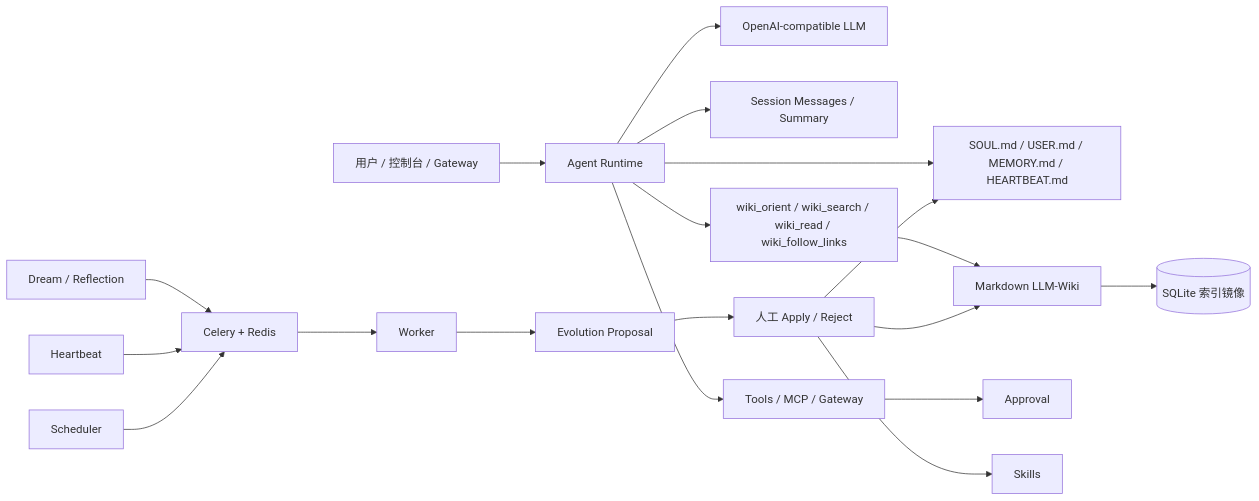
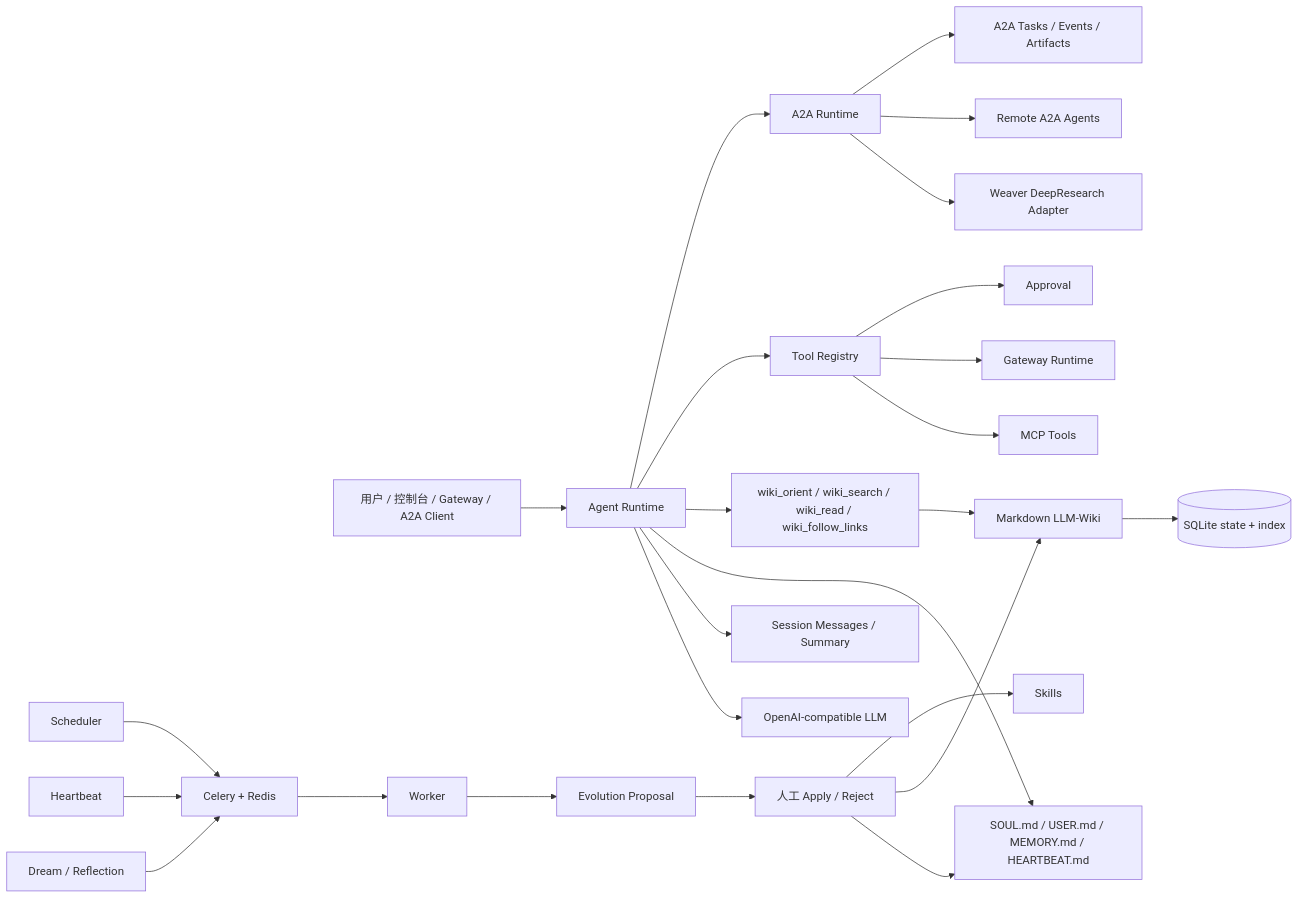
The diagram in README.md (LittleSongxx/SoulClaw), drawn with Mermaid before and after one commit. The commit also changed other lines of this file and 70 other files, not shown here.

````diff
--- a/README.md
+++ b/README.md
@@ -15,21 +18,27 @@
 ```mermaid
 flowchart LR
-    User[用户 / 控制台 / Gateway] --> Agent[Agent Runtime]
+    User[用户 / 控制台 / Gateway / A2A Client] --> Agent[Agent Runtime]
     Agent --> LLM[OpenAI-compatible LLM]
     Agent --> Conv[Session Messages / Summary]
     Agent --> Files[SOUL.md / USER.md / MEMORY.md / HEARTBEAT.md]
     Agent --> WikiTools[wiki_orient / wiki_search / wiki_read / wiki_follow_links]
     WikiTools --> Wiki[Markdown LLM-Wiki]
-    Wiki --> SQLite[(SQLite 索引镜像)]
-    Agent --> Tools[Tools / MCP / Gateway]
+    Wiki --> SQLite[(SQLite state + index)]
+    Agent --> Tools[Tool Registry]
+    Tools --> MCP[MCP Tools]
+    Tools --> Gateway[Gateway Runtime]
     Tools --> Approval[Approval]
+    Agent --> A2A[A2A Runtime]
+    A2A --> Weaver[Weaver DeepResearch Adapter]
+    A2A --> Remote[Remote A2A Agents]
+    A2A --> Artifacts[A2A Tasks / Events / Artifacts]
     Dream[Dream / Reflection] --> Queue[Celery + Redis]
     Heartbeat[Heartbeat] --> Queue
     Scheduler[Scheduler] --> Queue
     Queue --> Worker[Worker]
     Worker --> Proposal[Evolution Proposal]
     Proposal --> Human[人工 Apply / Reject]
     Human --> Files
     Human --> Wiki
     Human --> Skills
 ```
````
